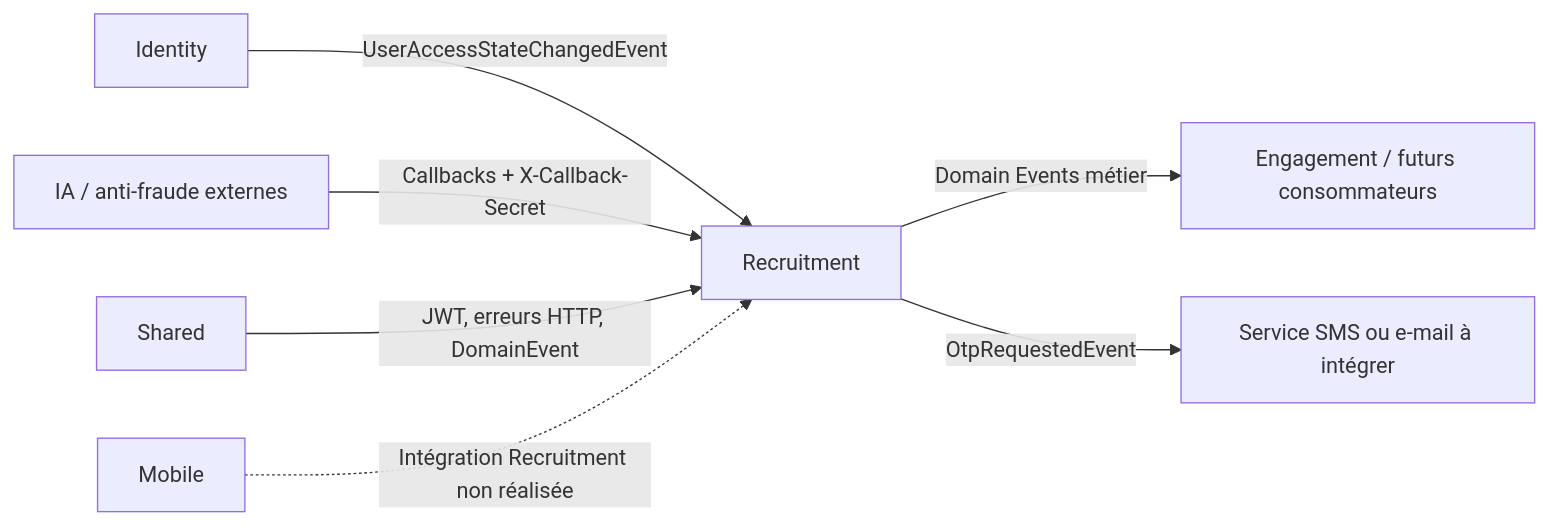
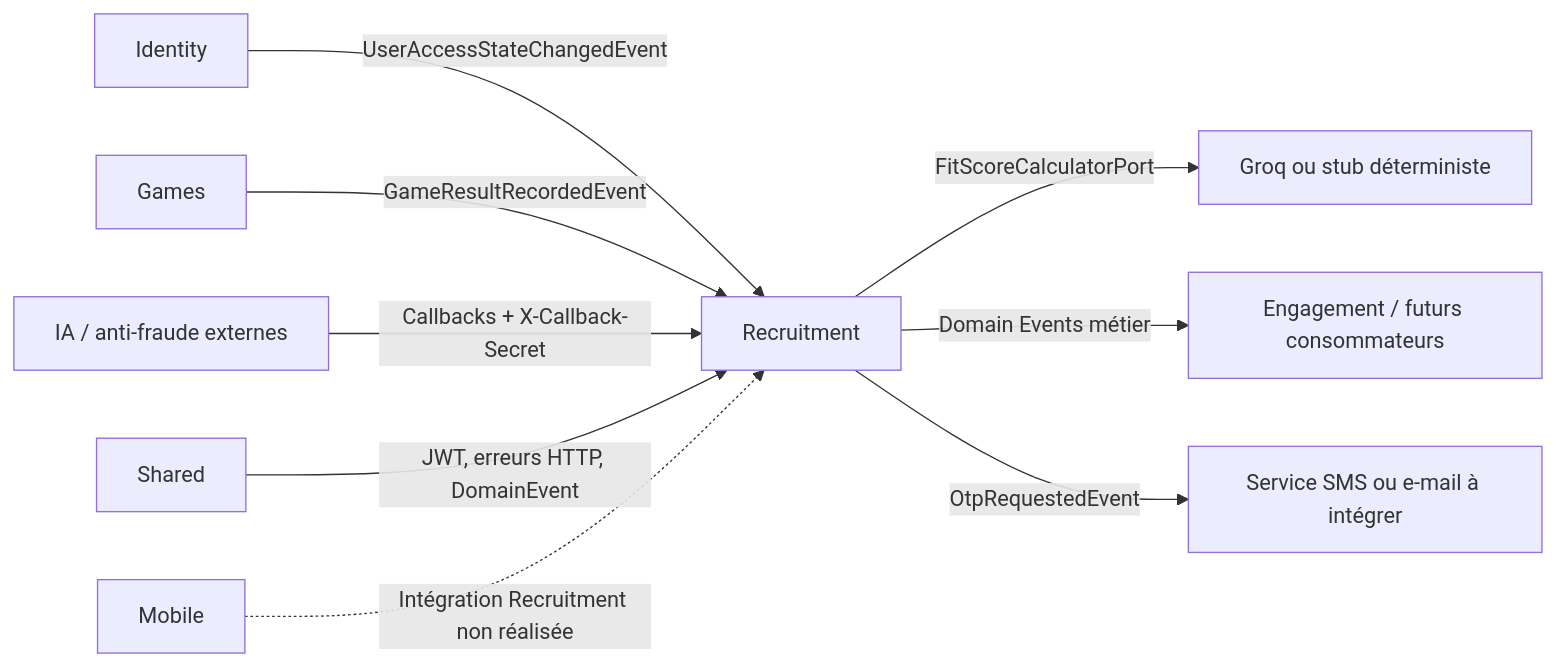
The diagram in RECRUITMENT_MODULE.md (charrada-amine/zennyt-project), drawn with Mermaid before and after one commit. The commit also changed other lines of this file and 72 other files, not shown here.

````diff
--- a/RECRUITMENT_MODULE.md
+++ b/RECRUITMENT_MODULE.md
@@ -39,9 +40,11 @@
 ```mermaid
 flowchart LR
     I["Identity"] -->|"UserAccessStateChangedEvent"| R["Recruitment"]
+    G["Games"] -->|"GameResultRecordedEvent"| R
+    R -->|"FitScoreCalculatorPort"| A["Groq ou stub déterministe"]
     R -->|"Domain Events métier"| E["Engagement / futurs consommateurs"]
     R -->|"OtpRequestedEvent"| D["Service SMS ou e-mail à intégrer"]
     X["IA / anti-fraude externes"] -->|"Callbacks + X-Callback-Secret"| R
     S["Shared"] -->|"JWT, erreurs HTTP, DomainEvent"| R
     M["Mobile"] -.->|"Intégration Recruitment non réalisée"| R
 ```
````
